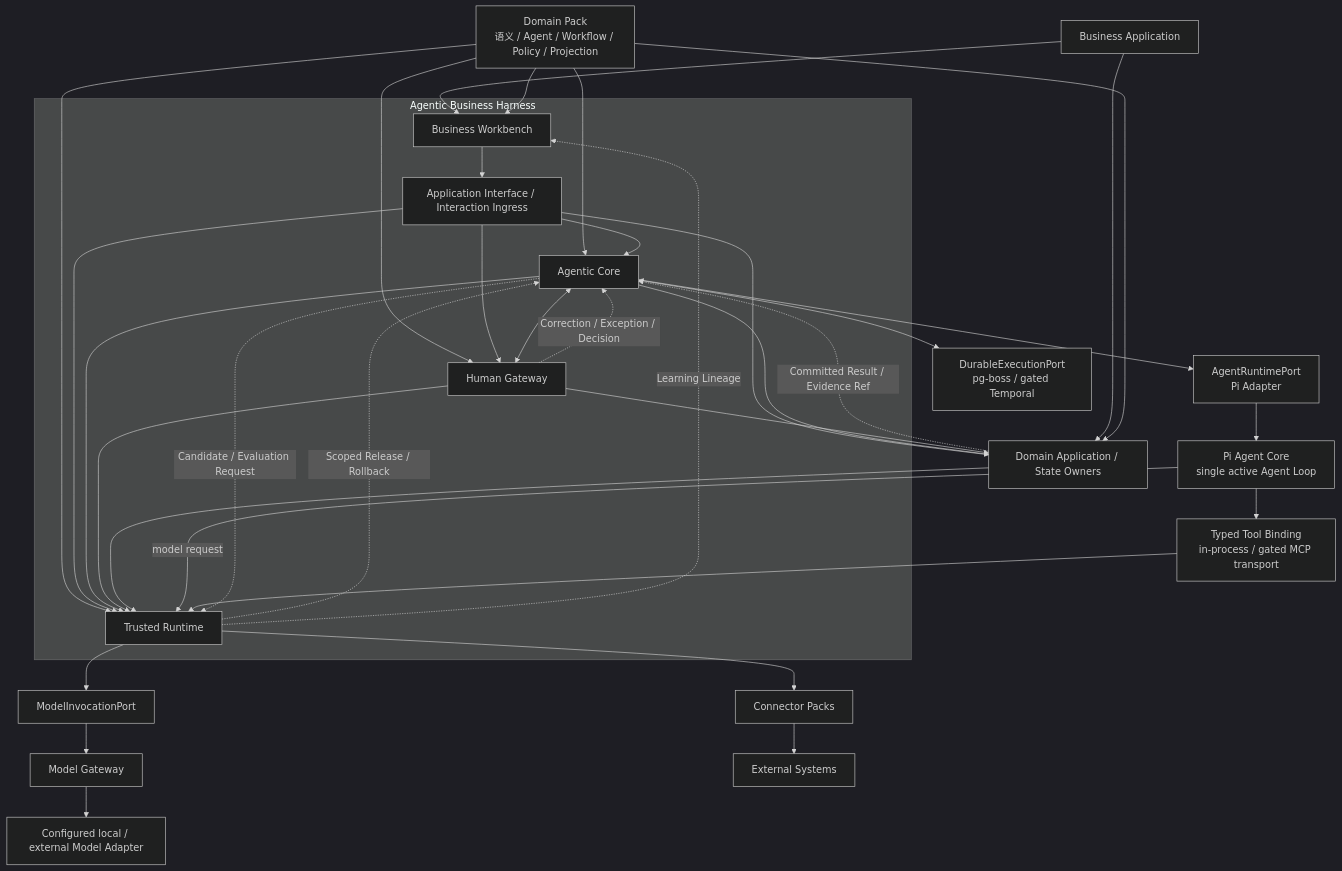
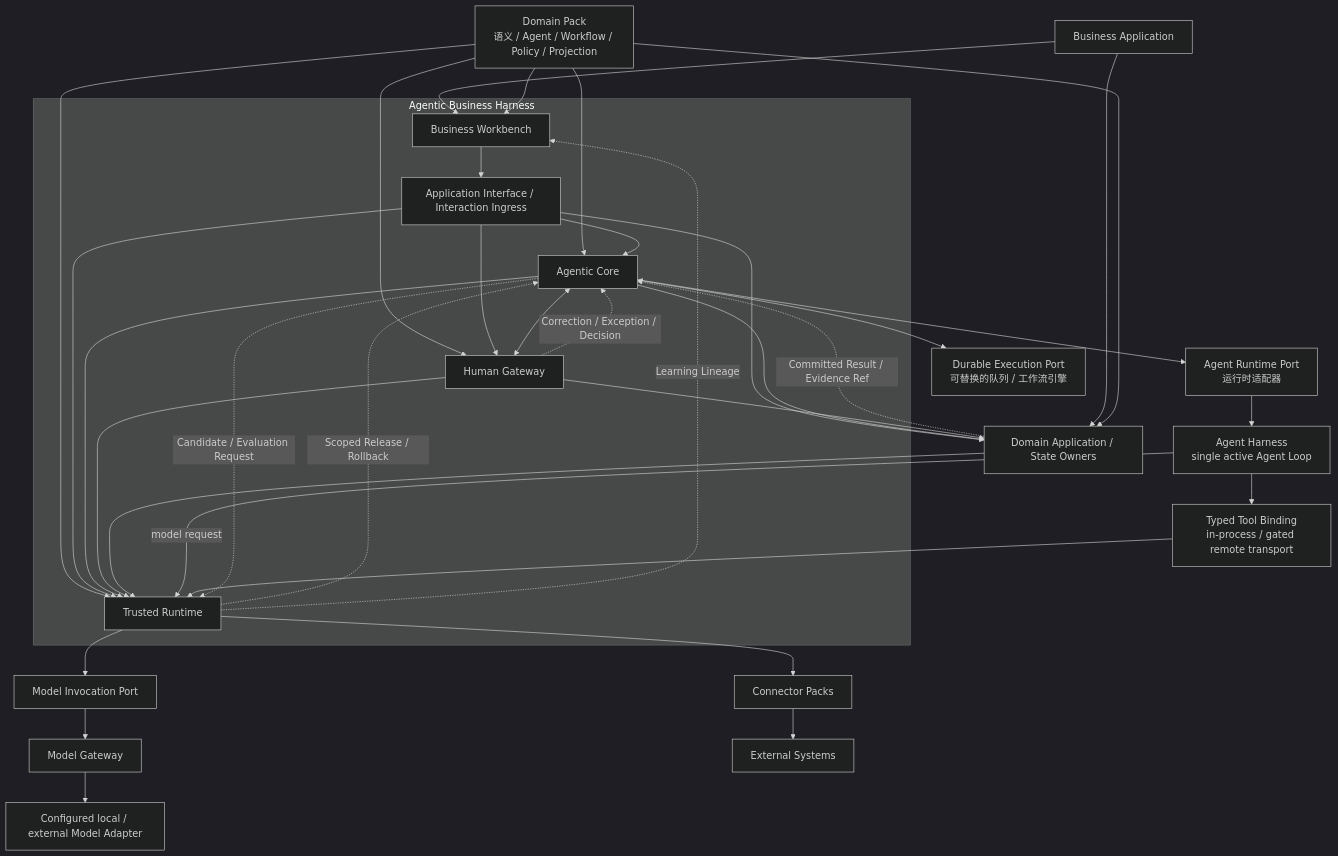
Before and after one commit to GoatGit/ABH: the first of 3 diagrams in docs/V1/00-总体设计/Building-Agentic-Business-Harness-on-Agent-Harness.md, drawn with Mermaid (dark theme). The commit also changed other lines of this file and 3 other files, not shown here.

````diff
--- a/docs/V1/00-总体设计/Building-Agentic-Business-Harness-on-Agent-Harness.md
+++ b/docs/V1/00-总体设计/Building-Agentic-Business-Harness-on-Agent-Harness.md
@@ -186,55 +206,55 @@
 ```mermaid
 flowchart TB
     APP["Business Application"]
     DA["Domain Application / State Owners"]
     DP["Domain Pack<br/>语义 / Agent / Workflow / Policy / Projection"]
 
     subgraph ABH["Agentic Business Harness"]
         BW["Business Workbench"]
         IN["Application Interface / Interaction Ingress"]
         HG["Human Gateway"]
         AC["Agentic Core"]
         TR["Trusted Runtime"]
     end
 
-    DURABLE["DurableExecutionPort<br/>pg-boss / gated Temporal"]
-    AR["AgentRuntimePort<br/>Pi Adapter"]
-    AH["Pi Agent Core<br/>single active Agent Loop"]
-    MODEL["ModelInvocationPort"]
+    DURABLE["Durable Execution Port<br/>可替换的队列 / 工作流引擎"]
+    AR["Agent Runtime Port<br/>运行时适配器"]
+    AH["Agent Harness<br/>single active Agent Loop"]
+    MODEL["Model Invocation Port"]
     MG["Model Gateway"]
     MP["Configured local / external Model Adapter"]
-    TOOL["Typed Tool Binding<br/>in-process / gated MCP transport"]
+    TOOL["Typed Tool Binding<br/>in-process / gated remote transport"]
     CP["Connector Packs"]
     EXT["External Systems"]
 
     APP --> BW
     APP --> DA
     DP --> BW
     DP --> DA
     DP --> HG
     DP --> AC
     DP --> TR
     BW --> IN
     IN --> AC
     IN --> HG
     IN --> TR
     IN --> DA
     AC <--> HG
     AC --> TR
     AC --> DA
     HG --> TR
     HG --> DA
     DA --> TR
     AC <--> DURABLE
     AC --> AR --> AH
     AH -->|model request| TR
     TR --> MODEL --> MG --> MP
     AH --> TOOL --> TR
     TR --> CP
     CP --> EXT
     DA -.Committed Result / Evidence Ref.-> AC
     HG -.Correction / Exception / Decision.-> AC
     AC -.Candidate / Evaluation Request.-> TR
     TR -.Scoped Release / Rollback.-> AC
     TR -.Learning Lineage.-> BW
 ```
````
